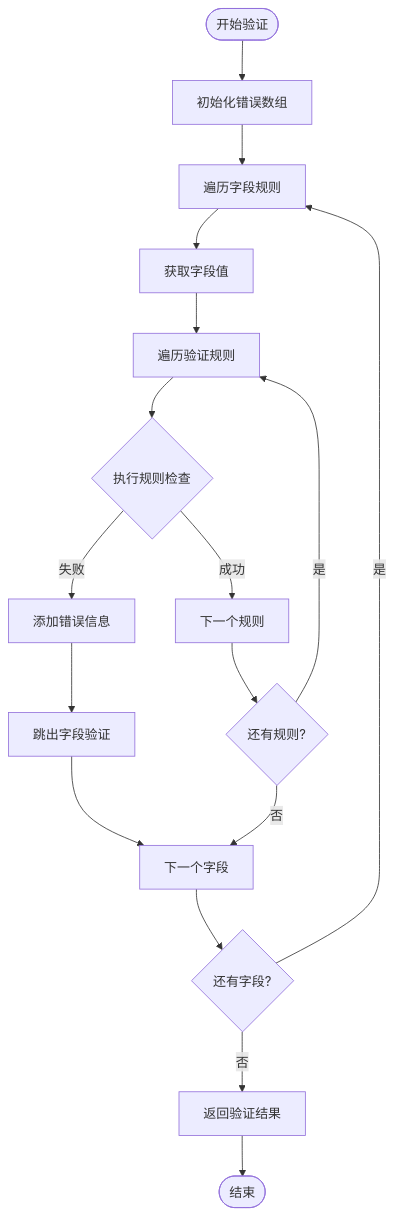
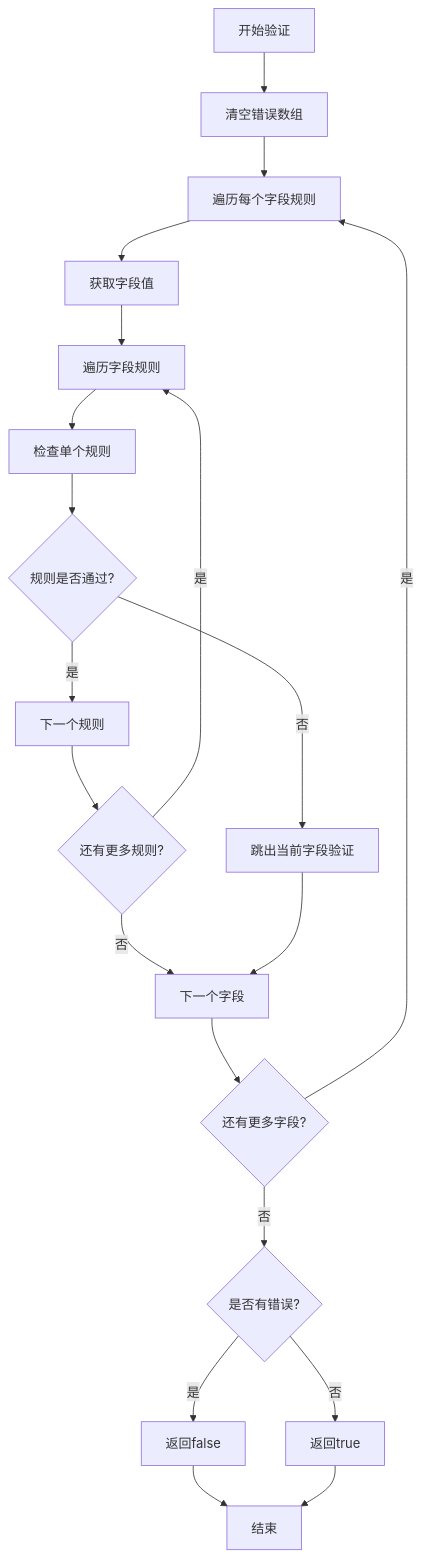
The fourth of 7 diagrams in .qoder/repowiki/zh/content/验证系统.md (yangweijie/libuiBuilder), drawn with Mermaid before and after one commit. The commit also changed other lines of this file and 126 other files, not shown here.

````diff
--- a/.qoder/repowiki/zh/content/验证系统.md
+++ b/.qoder/repowiki/zh/content/验证系统.md
@@ -179,19 +141,22 @@
 ```mermaid
 flowchart TD
-Start([开始验证]) --> InitErrors["初始化错误数组"]
-InitErrors --> LoopFields["遍历字段规则"]
+Start["开始验证"] --> ClearErrors["清空错误数组"]
+ClearErrors --> LoopFields["遍历每个字段规则"]
 LoopFields --> GetFieldValue["获取字段值"]
-GetFieldValue --> LoopRules["遍历验证规则"]
-LoopRules --> CheckRule{"执行规则检查"}
-CheckRule --> |失败| AddError["添加错误信息"]
-CheckRule --> |成功| NextRule["下一个规则"]
-AddError --> BreakField["跳出字段验证"]
-NextRule --> MoreRules{"还有规则?"}
+GetFieldValue --> LoopRules["遍历字段规则"]
+LoopRules --> CheckRule["检查单个规则"]
+CheckRule --> RulePass{"规则是否通过?"}
+RulePass --> |是| NextRule["下一个规则"]
+RulePass --> |否| BreakField["跳出当前字段验证"]
+NextRule --> MoreRules{"还有更多规则?"}
 MoreRules --> |是| LoopRules
 MoreRules --> |否| NextField["下一个字段"]
 BreakField --> NextField
-NextField --> MoreFields{"还有字段?"}
+NextField --> MoreFields{"还有更多字段?"}
 MoreFields --> |是| LoopFields
-MoreFields --> |否| ReturnResult["返回验证结果"]
-ReturnResult --> End([结束])
+MoreFields --> |否| CheckErrors{"是否有错误?"}
+CheckErrors --> |是| ReturnFalse["返回false"]
+CheckErrors --> |否| ReturnTrue["返回true"]
+ReturnFalse --> End["结束"]
+ReturnTrue --> End
 ```
````
